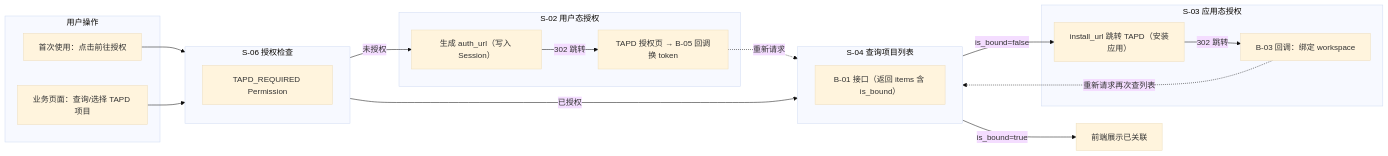
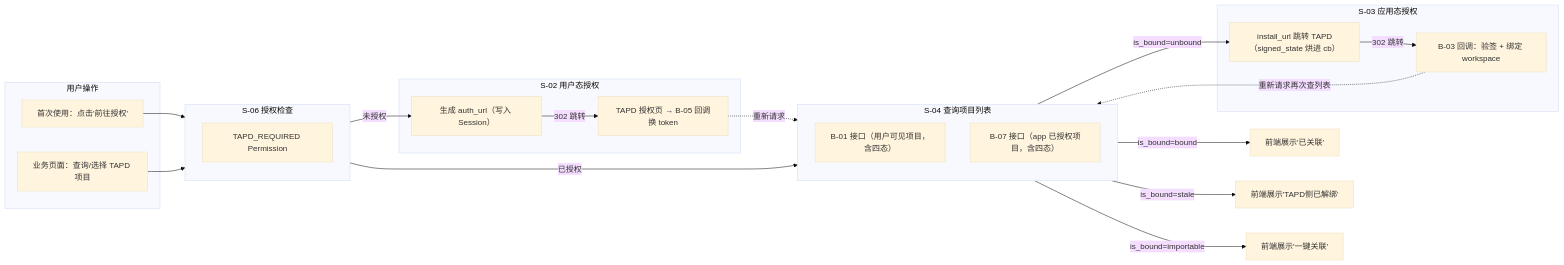
The first of 2 diagrams in requirements/integration/2026-06-15-TAPD授权与建单/design/DESIGN.md (HACK-WU/bk-monitor-wiki), drawn with Mermaid (base theme) before and after one commit. The commit also changed other lines of this file and 34 other files, not shown here.

````diff
--- a/requirements/integration/2026-06-15-TAPD授权与建单/design/DESIGN.md
+++ b/requirements/integration/2026-06-15-TAPD授权与建单/design/DESIGN.md
@@ -43,37 +43,40 @@
 ```mermaid
 flowchart LR
     subgraph 用户操作
-        U1["首次使用：点击"前往授权""]
+        U1["首次使用：点击'前往授权'"]
         U2["业务页面：查询/选择 TAPD 项目"]
     end
     
     subgraph S06["S-06 授权检查"]
         E1["TAPD_REQUIRED Permission"]
     end
     
     subgraph S02["S-02 用户态授权"]
         A1["生成 auth_url（写入 Session）"]
         A2["TAPD 授权页 → B-05 回调换 token"]
     end
     
     subgraph S04["S-04 查询项目列表"]
-        C1["B-01 接口（返回 items 含 is_bound）"]
+        C1["B-01 接口（用户可见项目，含四态）"]
+        C2["B-07 接口（app 已授权项目，含四态）"]
     end
     
     subgraph S03["S-03 应用态授权"]
-        B1["install_url 跳转 TAPD（安装应用）"]
-        B2["B-03 回调：绑定 workspace"]
+        B1["install_url 跳转 TAPD（signed_state 烘进 cb）"]
+        B2["B-03 回调：验签 + 绑定 workspace"]
     end
     
     U1 --> S06
     S06 -->|未授权| A1
     A1 -->|302 跳转| A2
     A2 -.->|重新请求| S04
     
     U2 --> S06
     S06 -->|已授权| S04
-    S04 -->|is_bound=true| FE_BOUND["前端展示"已关联""]
-    S04 -->|is_bound=false| B1
+    S04 -->|is_bound=bound| FE_BOUND["前端展示'已关联'"]
+    S04 -->|is_bound=unbound| B1
+    S04 -->|is_bound=stale| FE_STALE["前端展示'TAPD侧已解绑'"]
+    S04 -->|is_bound=importable| FE_IMPORT["前端展示'一键关联'"]
     B1 -->|302 跳转| B2
     B2 -.->|重新请求再次查列表| S04
 ```
````
